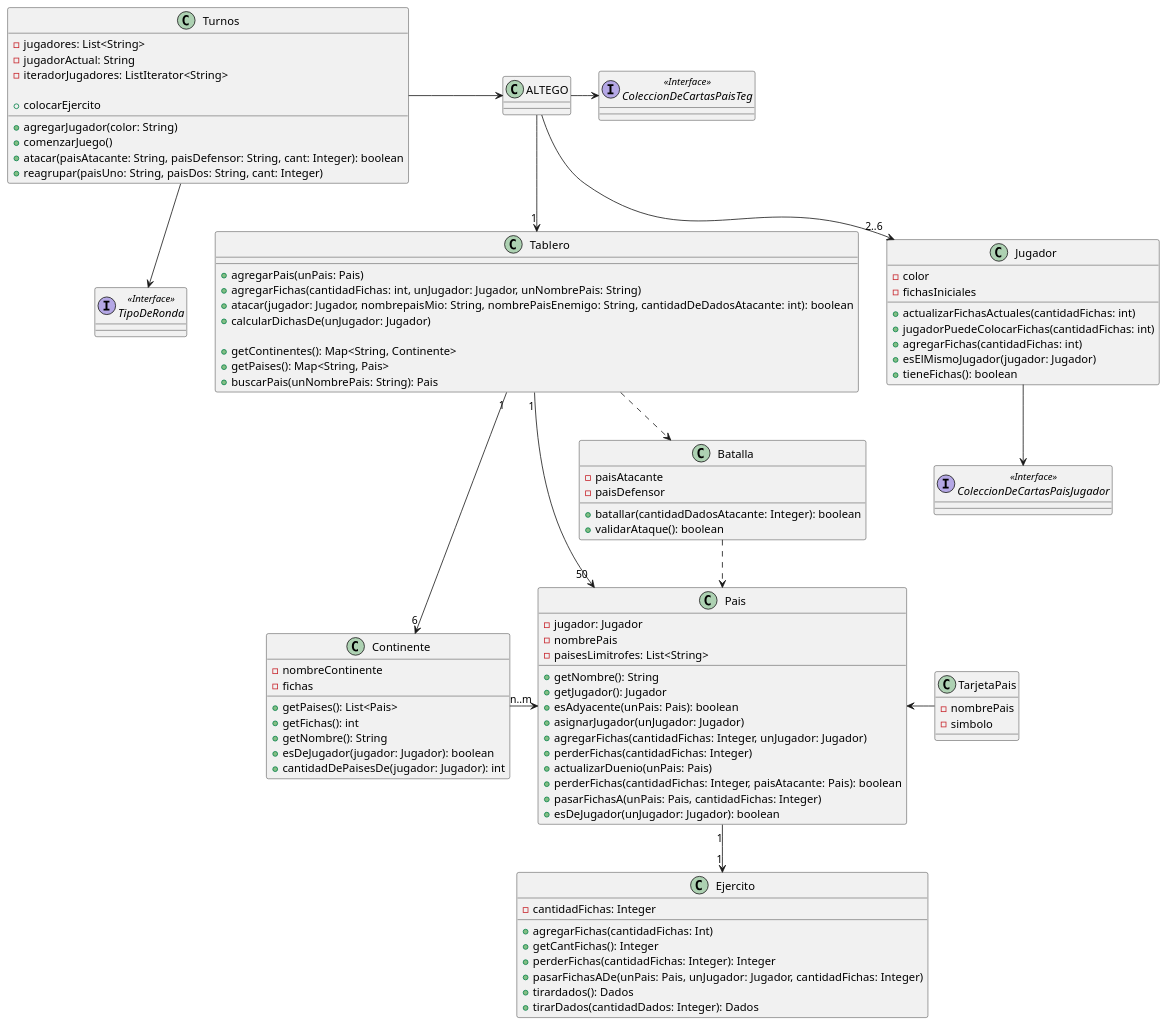
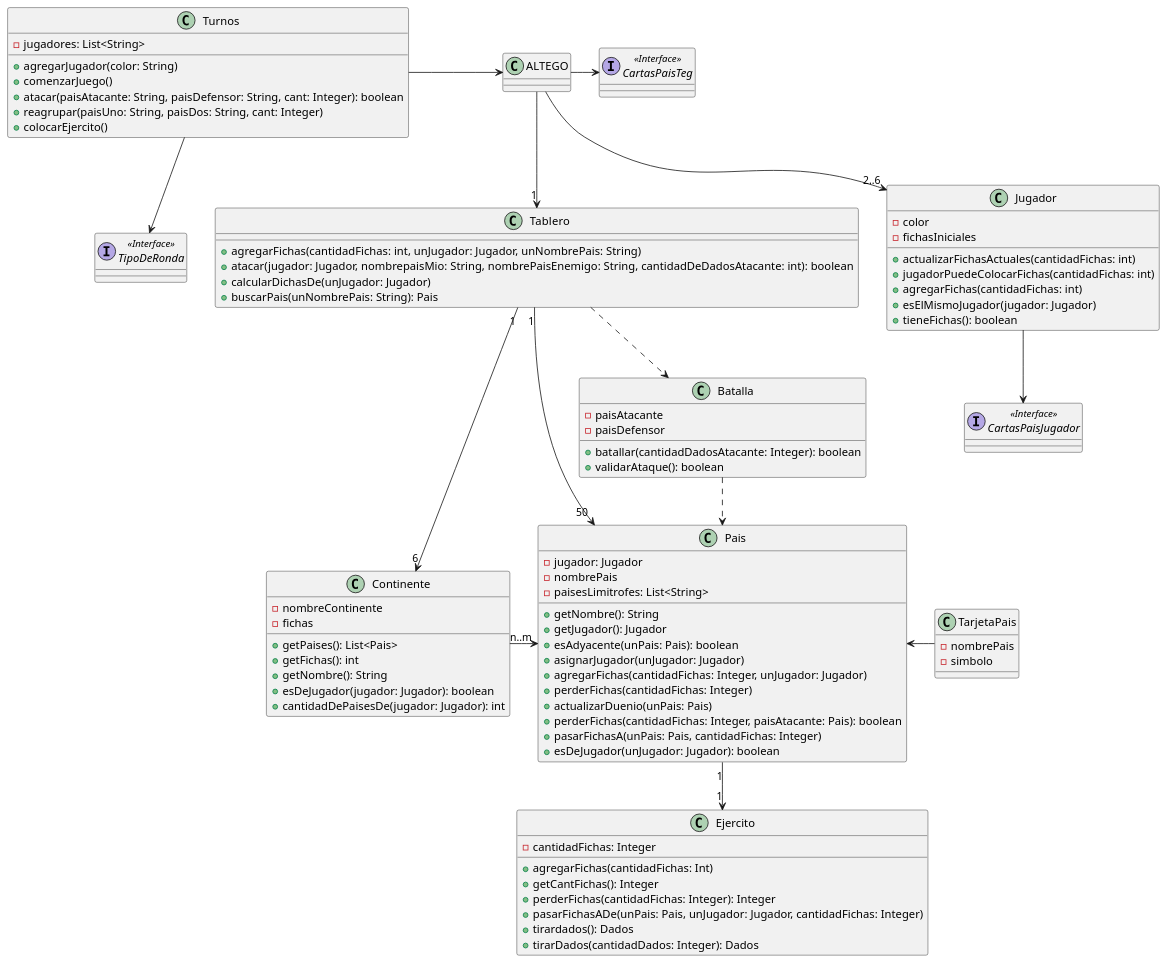
The diagram in docs/Diagramas/Codigo/diagrama_de_clase_inicial.puml (mpata2000/Algo3-TP2-TEG), drawn with PlantUML before and after one commit. The commit also changed 4 other files, not shown here.

Commit message:
Diagramas uml de los paquetes

```diff
--- a/docs/Diagramas/Codigo/diagrama_de_clase_inicial.puml
+++ b/docs/Diagramas/Codigo/diagrama_de_clase_inicial.puml
@@ -1,131 +1,125 @@
 @startuml ModeloInicial-V0.4
 
 Class ALTEGO{
 
 }
 
 Class Tablero{
-    + agregarPais(unPais: Pais)
     + agregarFichas(cantidadFichas: int, unJugador: Jugador, unNombrePais: String)
     + atacar(jugador: Jugador, nombrepaisMio: String, nombrePaisEnemigo: String, cantidadDeDadosAtacante: int): boolean
-    +calcularDichasDe(unJugador: Jugador)
-
-    + getContinentes(): Map<String, Continente>
-    + getPaises(): Map<String, Pais>
+    + calcularDichasDe(unJugador: Jugador)
     + buscarPais(unNombrePais: String): Pais
     
 }
 
 Class Continente{
     - nombreContinente
     - fichas
 
     + getPaises(): List<Pais>
     + getFichas(): int
     + getNombre(): String
     + esDeJugador(jugador: Jugador): boolean
     + cantidadDePaisesDe(jugador: Jugador): int
 }
 
 Class Jugador{
     - color
     - fichasIniciales
 
     +actualizarFichasActuales(cantidadFichas: int)
     +jugadorPuedeColocarFichas(cantidadFichas: int)
     +agregarFichas(cantidadFichas: int)
     +esElMismoJugador(jugador: Jugador)
     +tieneFichas(): boolean
 }
 
-Interface ColeccionDeCartasPaisJugador <<Interface>> {
+Interface CartasPaisJugador <<Interface>> {
 }
 
-Interface ColeccionDeCartasPaisTeg <<Interface>>{
+Interface CartasPaisTeg <<Interface>>{
 }
 
 Class Turnos {
     - jugadores: List<String>
-    - jugadorActual: String
-    - iteradorJugadores: ListIterator<String>
 
     + agregarJugador(color: String)
     + comenzarJuego()
     + atacar(paisAtacante: String, paisDefensor: String, cant: Integer): boolean
     + reagrupar(paisUno: String, paisDos: String, cant: Integer)
-    + colocarEjercito
+    + colocarEjercito()
 }
 
 Interface TipoDeRonda <<Interface>> {
 
 }
 
 Class Pais{
     - jugador: Jugador
     - nombrePais
     - paisesLimitrofes: List<String>
 
     + getNombre(): String
     + getJugador(): Jugador
     + esAdyacente(unPais: Pais): boolean
     + asignarJugador(unJugador: Jugador)
     + agregarFichas(cantidadFichas: Integer, unJugador: Jugador)
     + perderFichas(cantidadFichas: Integer)
     + actualizarDuenio(unPais: Pais)
     + perderFichas(cantidadFichas: Integer, paisAtacante: Pais): boolean
     + pasarFichasA(unPais: Pais, cantidadFichas: Integer)
     + esDeJugador(unJugador: Jugador): boolean
 }
 
 Class Ejercito{
     - cantidadFichas: Integer
 
     + agregarFichas(cantidadFichas: Int)
     + getCantFichas(): Integer
     + perderFichas(cantidadFichas: Integer): Integer
     + pasarFichasADe(unPais: Pais, unJugador: Jugador, cantidadFichas: Integer)
     + tirardados(): Dados
     + tirarDados(cantidadDados: Integer): Dados
 }
 
 
 Class Batalla{
     - paisAtacante
     - paisDefensor
 
     + batallar(cantidadDadosAtacante: Integer): boolean
     + validarAtaque(): boolean
 }
 
 Class TarjetaPais{
     - nombrePais
     - simbolo
 }
 
 /'Class TarjetaObjetivo{}'/
 
 Turnos -right-> ALTEGO
 ALTEGO --> "1" Tablero
 ALTEGO --> "2..6"Jugador
-ALTEGO --right--> ColeccionDeCartasPaisTeg
+ALTEGO --right--> CartasPaisTeg
 
 
 /'Jugador <-- Pais'/
-Jugador --> ColeccionDeCartasPaisJugador
+Jugador --> CartasPaisJugador
 
 Tablero "1"-->"50" Pais
 Tablero "1"-->"6" Continente
 Tablero ..> Batalla
 
 Turnos --> TipoDeRonda
 
 Batalla ..> Pais
 Continente --right-->"n..m" Pais
 Pais "1"-->"1" Ejercito
 
 /'Jugador --> TarjetaObjetivo'/
 /'TarjetaObjetivo ..> Tablero'/
 
 Pais <--right-- TarjetaPais
 
 @enduml
```
